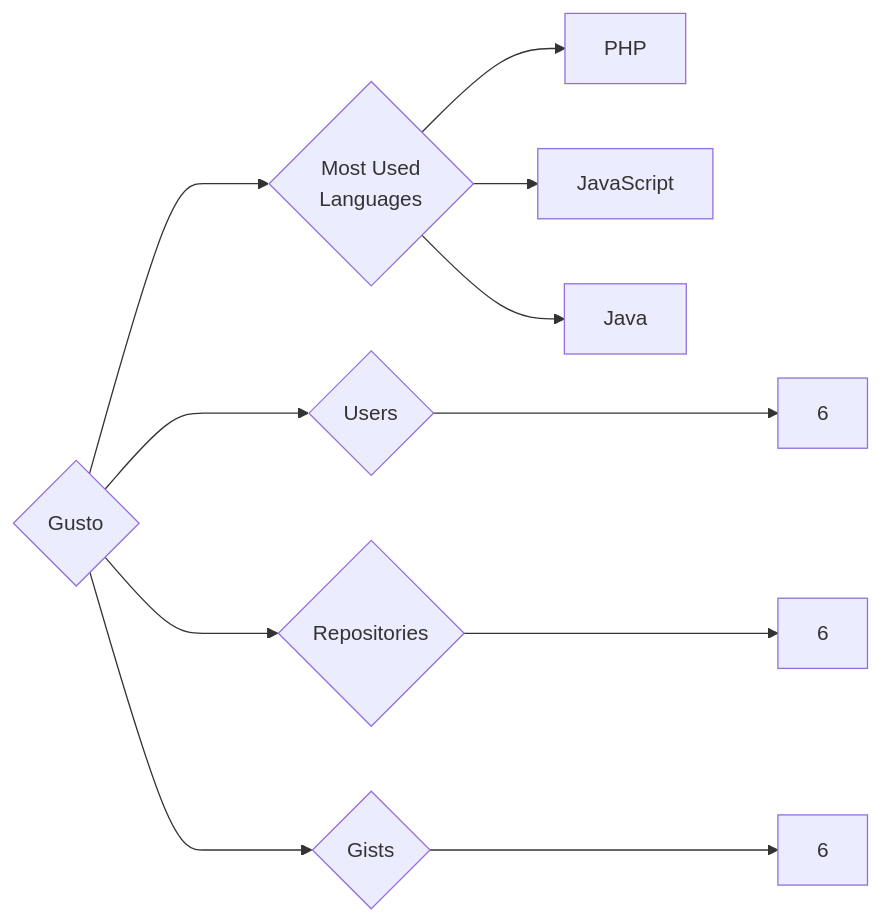
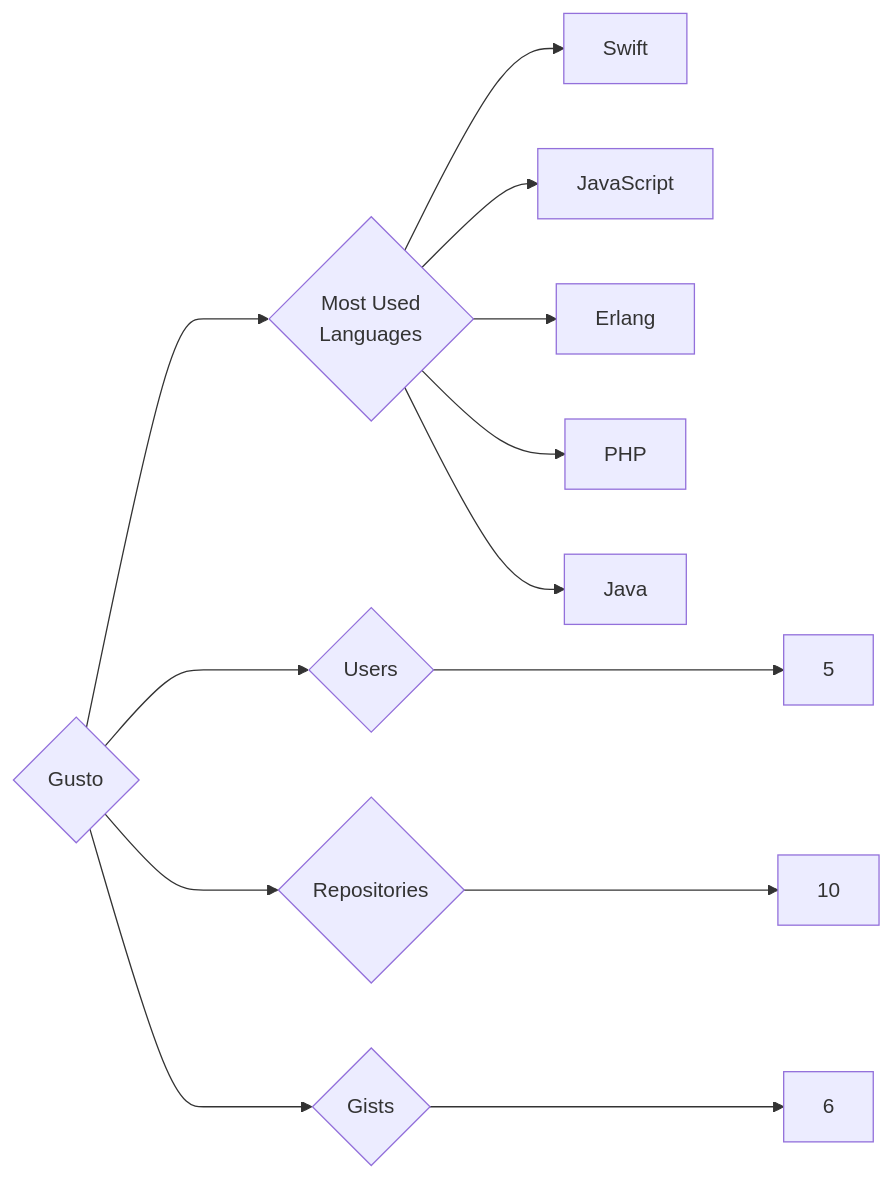
Before and after one commit to trickest/insiders: the diagram in targets/Gusto/README.md, drawn with Mermaid. The commit also changed 1148 other files, not shown here.

````diff
--- a/targets/Gusto/README.md
+++ b/targets/Gusto/README.md
@@ -3,11 +3,13 @@
 ```mermaid
 graph LR
 COMPANY_NAME{Gusto}
-COMPANY_NAME ---> U{Users} ---> UN[6]
-COMPANY_NAME ---> R{Repositories} ---> RN[6]
+COMPANY_NAME ---> U{Users} ---> UN[5]
+COMPANY_NAME ---> R{Repositories} ---> RN[10]
 COMPANY_NAME ---> G{Gists} ---> GN[6]
 COMPANY_NAME ---> ML{Most Used<br>Languages}
+ML --> Swift[Swift]
+ML --> JavaScript[JavaScript]
+ML --> Erlang[Erlang]
 ML --> PHP[PHP]
-ML --> JavaScript[JavaScript]
 ML --> Java[Java]
 ```
````
